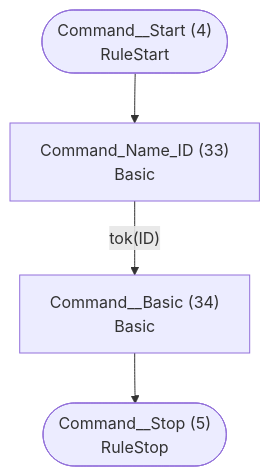
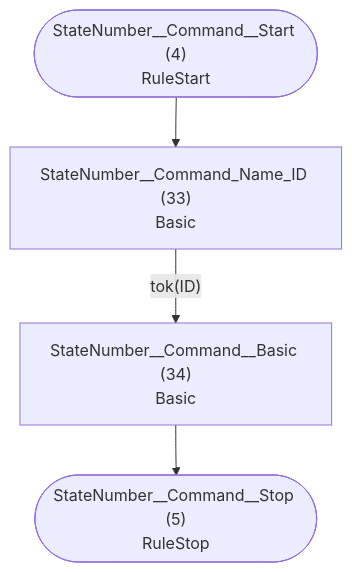
Before and after one commit to TypeFox/fastbelt: the third of 5 diagrams in examples/statemachine/atn.md, drawn with Mermaid. The commit also changed other lines of this file and 12 other files, not shown here.

````diff
--- a/examples/statemachine/atn.md
+++ b/examples/statemachine/atn.md
@@ -76,11 +76,11 @@
 ```mermaid
 flowchart TD
-    q4(["Command__Start (4)<br/>RuleStart"])
-    q5(["Command__Stop (5)<br/>RuleStop"])
-    q33["Command_Name_ID (33)<br/>Basic<br/>"]
-    q34["Command__Basic (34)<br/>Basic<br/>"]
+    q4(["StateNumber__Command__Start (4)<br/>RuleStart"])
+    q5(["StateNumber__Command__Stop (5)<br/>RuleStop"])
+    q33["StateNumber__Command_Name_ID (33)<br/>Basic<br/>"]
+    q34["StateNumber__Command__Basic (34)<br/>Basic<br/>"]
 
     q4 --> q33
     q33 -->|"tok(ID)"| q34
     q34 --> q5
 ```
````
